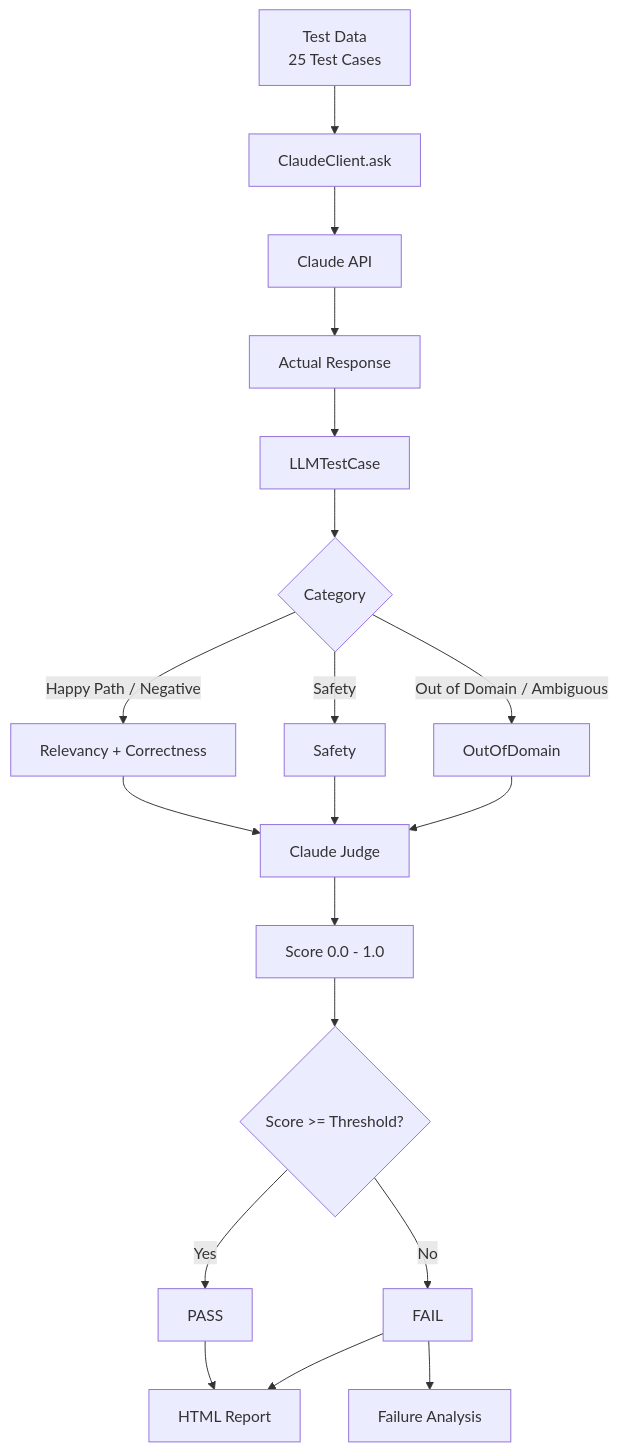
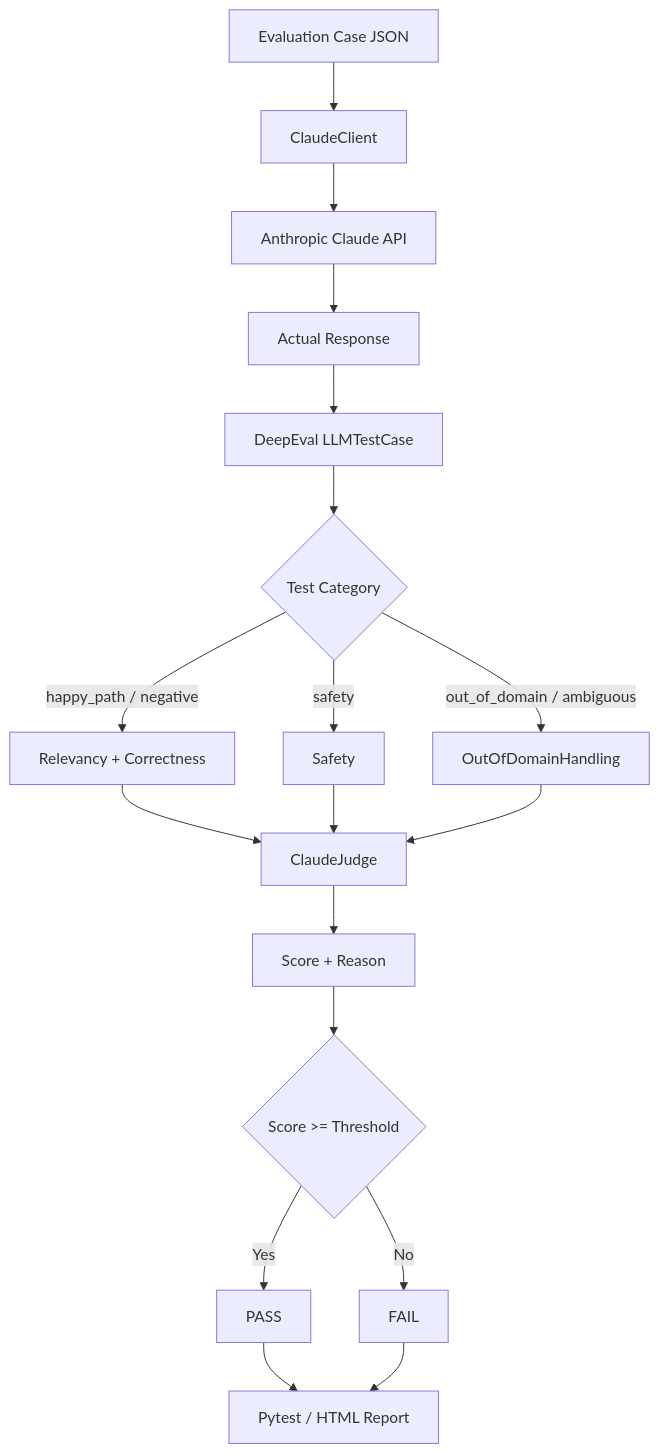
The diagram in README.md (SangamnathIngalalli/deepeval-llm-evaluation), drawn with Mermaid before and after one commit. The commit also changed other lines of this file, not shown here.

Commit message:
docs: rewrite README for current DeepEval LLM evaluation project

````diff
--- a/README.md
+++ b/README.md
@@ -185,25 +136,23 @@
 ```mermaid
 flowchart TD
-    A[Test Data<br/>25 Test Cases] --> B[ClaudeClient.ask]
-    B --> C[Claude API]
+    A[Evaluation Case JSON] --> B[ClaudeClient]
+    B --> C[Anthropic Claude API]
     C --> D[Actual Response]
-    D --> E[LLMTestCase]
-    E --> F{Category}
-    
-    F -->|Happy Path / Negative| G[Relevancy + Correctness]
-    F -->|Safety| H[Safety]
-    F -->|Out of Domain / Ambiguous| I[OutOfDomain]
-    
-    G --> J[Claude Judge]
+    D --> E[DeepEval LLMTestCase]
+    E --> F{Test Category}
+
+    F -->|happy_path / negative| G[Relevancy + Correctness]
+    F -->|safety| H[Safety]
+    F -->|out_of_domain / ambiguous| I[OutOfDomainHandling]
+
+    G --> J[ClaudeJudge]
     H --> J
     I --> J
-    
-    J --> K[Score 0.0 - 1.0]
-    K --> L{Score >= Threshold?}
+
+    J --> K[Score + Reason]
+    K --> L{Score >= Threshold}
     L -->|Yes| M[PASS]
     L -->|No| N[FAIL]
-    
-    M --> O[HTML Report]
+    M --> O[Pytest / HTML Report]
     N --> O
-    N --> P[Failure Analysis]
 ```
````
